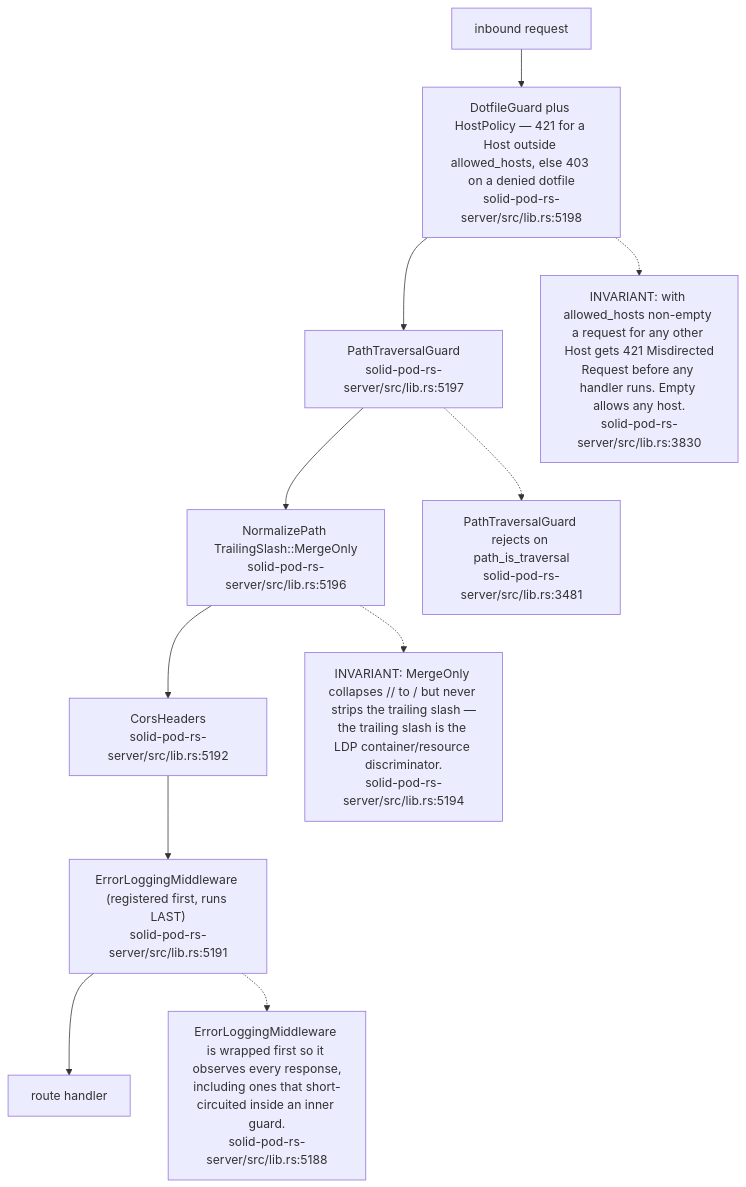
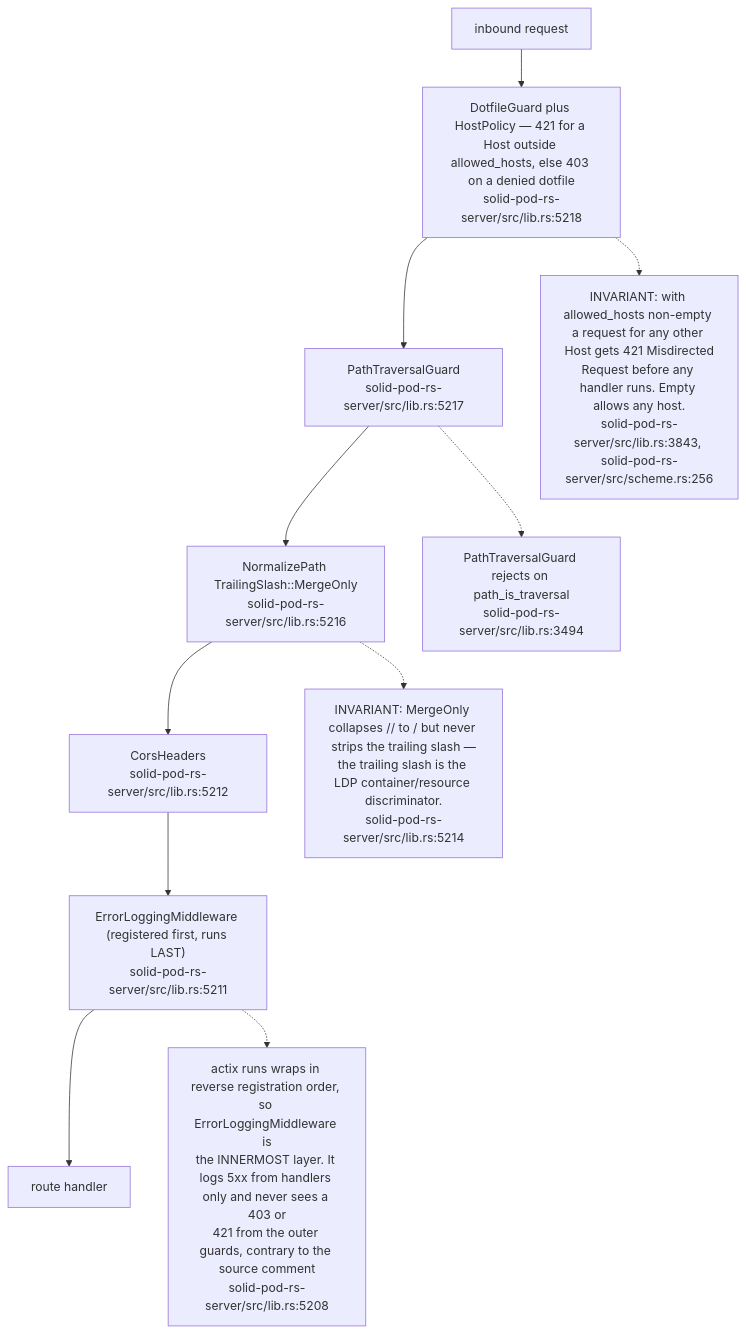
Before and after one commit to DreamLab-AI/VisionFlow: the seventh of 11 diagrams in docs/diagrams/solid-pod-rs/02-server-boot-and-routes.md, drawn with Mermaid. The commit also changed other lines of this file and 47 other files, not shown here.

````diff
--- a/docs/diagrams/solid-pod-rs/02-server-boot-and-routes.md
+++ b/docs/diagrams/solid-pod-rs/02-server-boot-and-routes.md
@@ -196,21 +205,21 @@
 ```mermaid
 flowchart TD
     REQ["inbound request"]
-    ELM["ErrorLoggingMiddleware (registered first, runs LAST)<br/>solid-pod-rs-server/src/lib.rs:5191"]
-    CORS["CorsHeaders<br/>solid-pod-rs-server/src/lib.rs:5192"]
-    NORM["NormalizePath TrailingSlash::MergeOnly<br/>solid-pod-rs-server/src/lib.rs:5196"]
-    PTG["PathTraversalGuard<br/>solid-pod-rs-server/src/lib.rs:5197"]
-    DFG["DotfileGuard plus HostPolicy — 421 for a Host outside allowed_hosts, else 403 on a denied dotfile<br/>solid-pod-rs-server/src/lib.rs:5198"]
+    ELM["ErrorLoggingMiddleware (registered first, runs LAST)<br/>solid-pod-rs-server/src/lib.rs:5211"]
+    CORS["CorsHeaders<br/>solid-pod-rs-server/src/lib.rs:5212"]
+    NORM["NormalizePath TrailingSlash::MergeOnly<br/>solid-pod-rs-server/src/lib.rs:5216"]
+    PTG["PathTraversalGuard<br/>solid-pod-rs-server/src/lib.rs:5217"]
+    DFG["DotfileGuard plus HostPolicy — 421 for a Host outside allowed_hosts, else 403 on a denied dotfile<br/>solid-pod-rs-server/src/lib.rs:5218"]
     H["route handler"]
 
     REQ --> DFG --> PTG --> NORM --> CORS --> ELM --> H
 
-    N1["INVARIANT: MergeOnly collapses // to / but never strips the trailing slash —<br/>the trailing slash is the LDP container/resource discriminator.<br/>solid-pod-rs-server/src/lib.rs:5194"]
+    N1["INVARIANT: MergeOnly collapses // to / but never strips the trailing slash —<br/>the trailing slash is the LDP container/resource discriminator.<br/>solid-pod-rs-server/src/lib.rs:5214"]
     NORM -.-> N1
-    N2["ErrorLoggingMiddleware is wrapped first so it observes every response,<br/>including ones that short-circuited inside an inner guard.<br/>solid-pod-rs-server/src/lib.rs:5188"]
+    N2["actix runs wraps in reverse registration order, so ErrorLoggingMiddleware is<br/>the INNERMOST layer. It logs 5xx from handlers only and never sees a 403 or<br/>421 from the outer guards, contrary to the source comment<br/>solid-pod-rs-server/src/lib.rs:5208"]
     ELM -.-> N2
-    N3["PathTraversalGuard rejects on path_is_traversal<br/>solid-pod-rs-server/src/lib.rs:3481"]
+    N3["PathTraversalGuard rejects on path_is_traversal<br/>solid-pod-rs-server/src/lib.rs:3494"]
     PTG -.-> N3
-    N4["INVARIANT: with allowed_hosts non-empty a request for any other Host gets 421 Misdirected<br/>Request before any handler runs. Empty allows any host.<br/>solid-pod-rs-server/src/lib.rs:3830"]
+    N4["INVARIANT: with allowed_hosts non-empty a request for any other Host gets 421 Misdirected<br/>Request before any handler runs. Empty allows any host.<br/>solid-pod-rs-server/src/lib.rs:3843, solid-pod-rs-server/src/scheme.rs:256"]
     DFG -.-> N4
 ```
````
